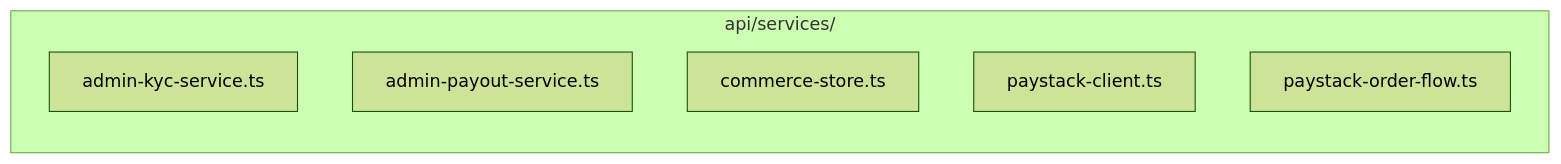
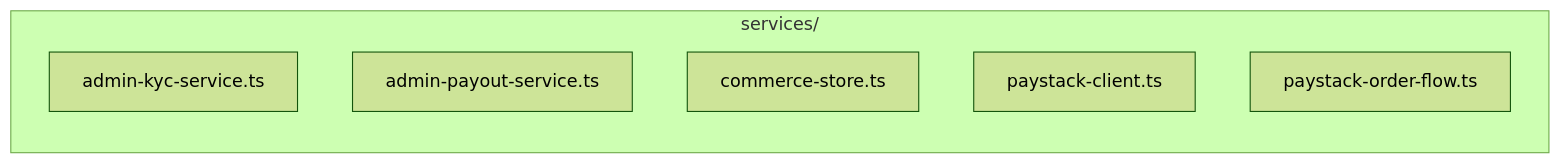
One commit to MatomeMb/FairFlow changed the third of 8 diagrams in docs/07-SYSTEM-DIAGRAMS.md. Above: the diagram before and after it, drawn with Mermaid (forest theme). The commit also changed other lines of this file and 2 other files, not shown here.

Commit message:
docs: update system diagrams and package READMEs
Made-with: Cursor

````diff
--- a/docs/07-SYSTEM-DIAGRAMS.md
+++ b/docs/07-SYSTEM-DIAGRAMS.md
@@ -84,10 +84,10 @@
 ```mermaid
 graph LR
-    subgraph "api/services/"
+    subgraph "services/"
         KYC["admin-kyc-service.ts"]
         PAYOUT["admin-payout-service.ts"]
         COMMERCE["commerce-store.ts"]
         PAYSTACK["paystack-client.ts"]
         FLOW["paystack-order-flow.ts"]
     end
 ```
````
